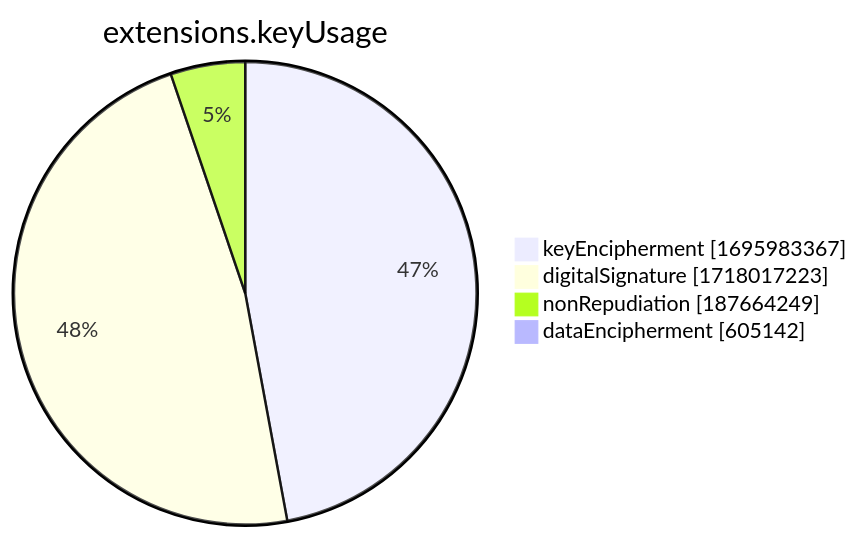
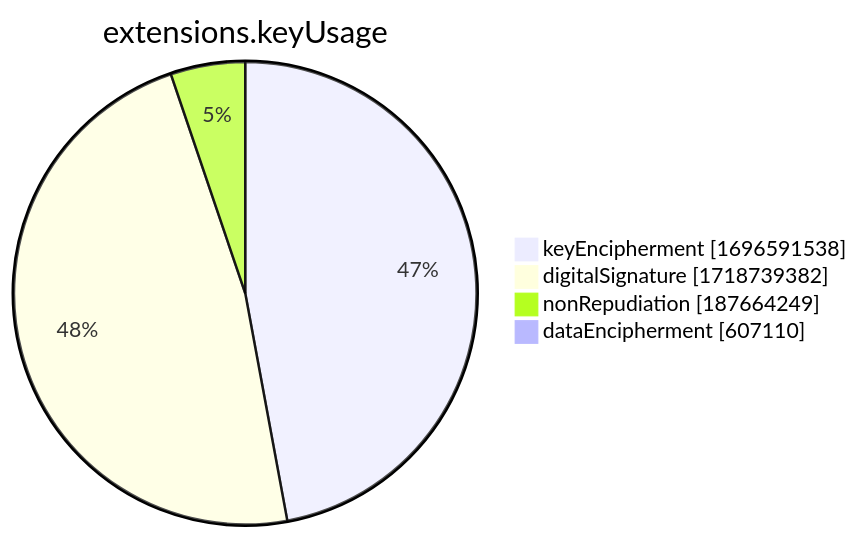
The seventh of 15 diagrams in xenon2022/README.md (christiankrug/ctmonitor_visualization), drawn with Mermaid before and after one commit. The commit also changed other lines of this file, not shown here.

````diff
--- a/xenon2022/README.md
+++ b/xenon2022/README.md
@@ -2858,8 +2858,8 @@
 ```mermaid
 pie showData
 title extensions.keyUsage
-"keyEncipherment" :1695983367
-"digitalSignature" :1718017223
+"keyEncipherment" :1696591538
+"digitalSignature" :1718739382
 "nonRepudiation" :187664249
-"dataEncipherment" :605142
+"dataEncipherment" :607110
 ```
````
